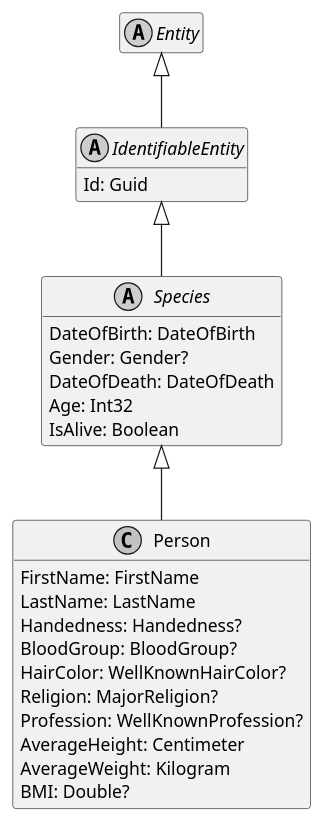
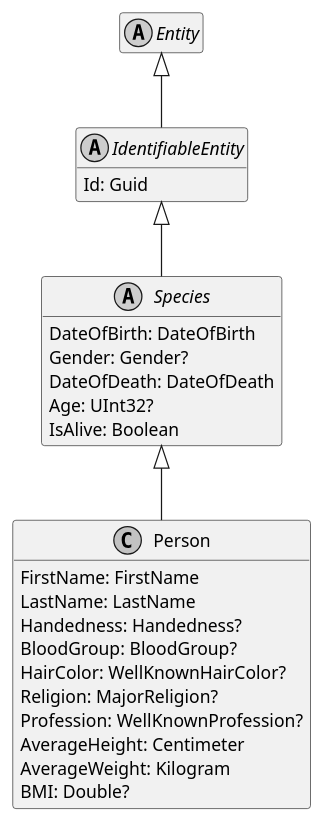
The diagram in Documentation/Generated/Entities/DoofesZeug.Entities.Specieses.Human/Person.puml (ObiWanLansi/DoofesZeug), drawn with PlantUML before and after one commit. The commit also changed 52 other files, not shown here.

```diff
--- a/Documentation/Generated/Entities/DoofesZeug.Entities.Specieses.Human/Person.puml
+++ b/Documentation/Generated/Entities/DoofesZeug.Entities.Specieses.Human/Person.puml
@@ -1,39 +1,39 @@
 @startuml
 skinparam monochrome true
 hide empty members
 
 abstract class Entity {
 }
 
 Entity <|-- IdentifiableEntity
 
 abstract class IdentifiableEntity {
     Id: Guid
 }
 
 IdentifiableEntity <|-- Species
 
 abstract class Species {
     DateOfBirth: DateOfBirth
     Gender: Gender?
     DateOfDeath: DateOfDeath
-    Age: Int32
+    Age: UInt32?
     IsAlive: Boolean
 }
 
 Species <|-- Person
 
 class Person {
     FirstName: FirstName
     LastName: LastName
     Handedness: Handedness?
     BloodGroup: BloodGroup?
     HairColor: WellKnownHairColor?
     Religion: MajorReligion?
     Profession: WellKnownProfession?
     AverageHeight: Centimeter
     AverageWeight: Kilogram
     BMI: Double?
 }
 
 @enduml
```
